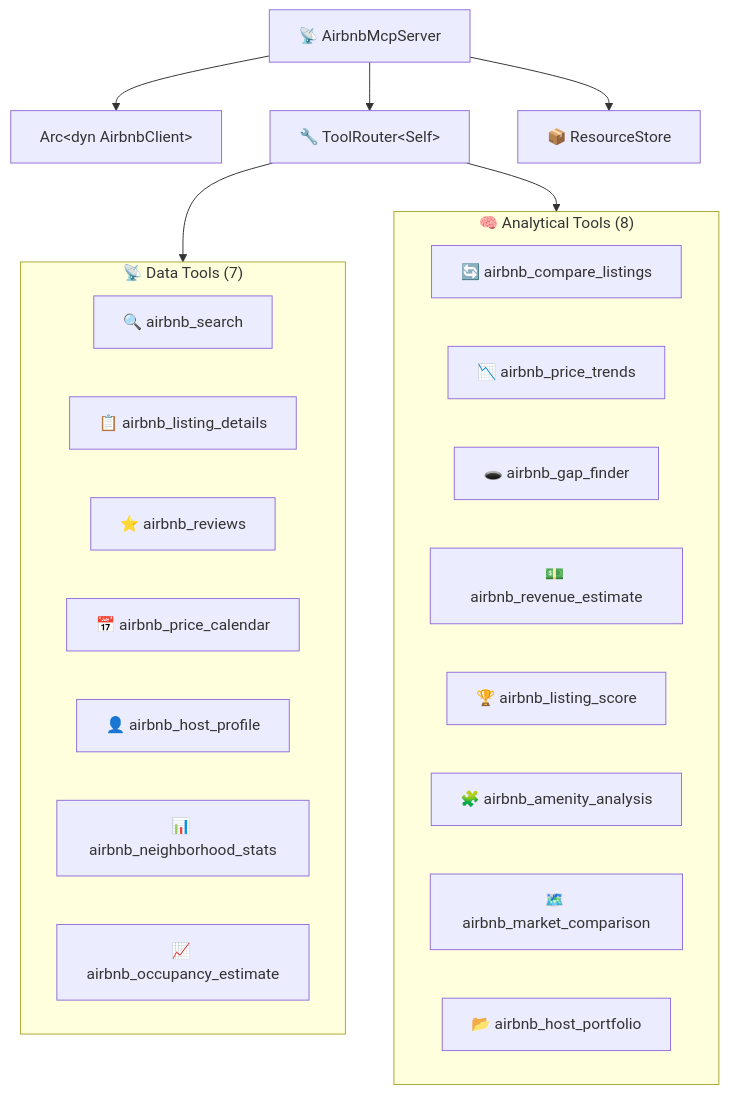
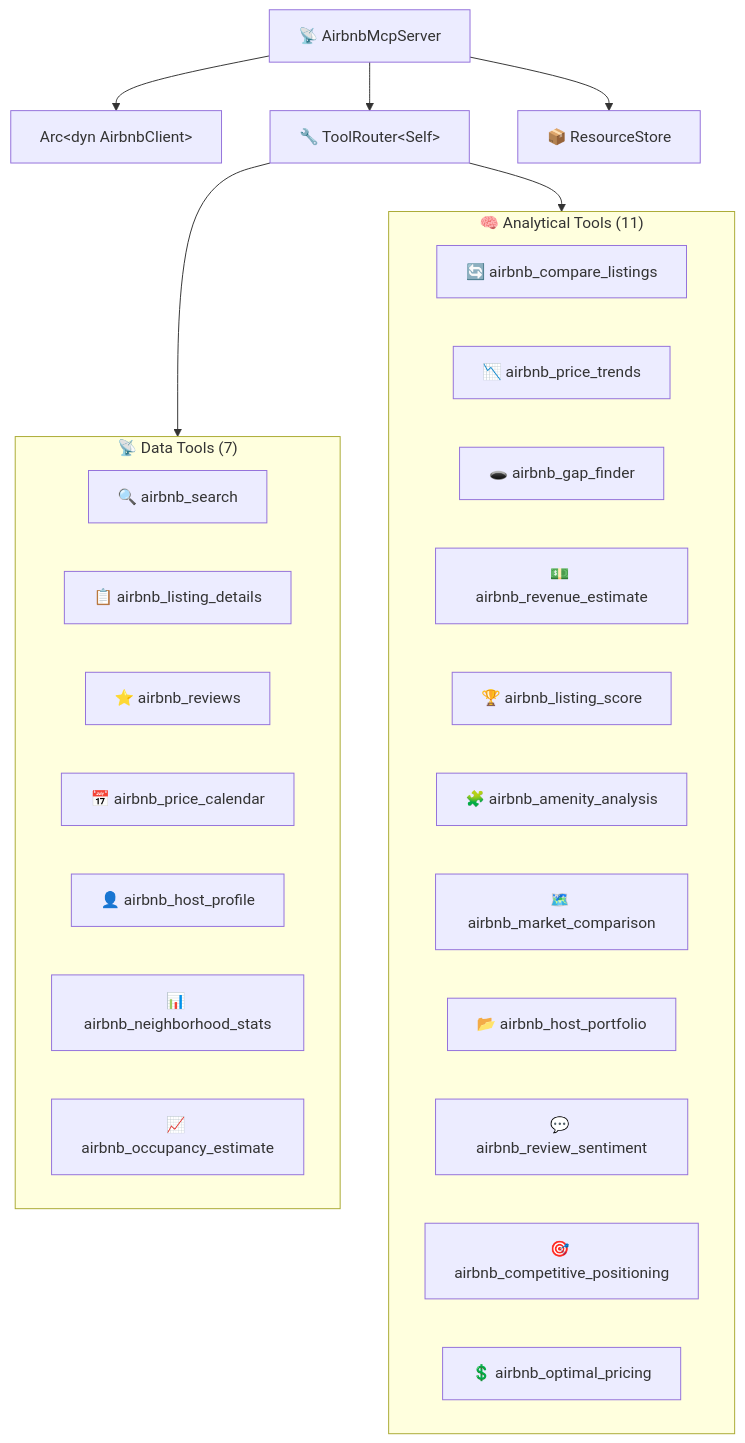
One commit to muchiny/mcp-airbnb changed the diagram in src/mcp/README.md. Above: the diagram before and after it, drawn with Mermaid. The commit also changed other lines of this file and 5 other files, not shown here.

First line of the commit message:
docs: sync all READMEs with 3 new analytical tools (15→18 tools)

````diff
--- a/src/mcp/README.md
+++ b/src/mcp/README.md
@@ -17,31 +17,34 @@
 ```mermaid
 flowchart TD
     Server["📡 AirbnbMcpServer"]
     Server --> Client["Arc&lt;dyn AirbnbClient&gt;"]
     Server --> Router["🔧 ToolRouter&lt;Self&gt;"]
     Server --> Resources["📦 ResourceStore"]
 
     subgraph Data["📡 Data Tools (7)"]
         S["🔍 airbnb_search"]
         D["📋 airbnb_listing_details"]
         R["⭐ airbnb_reviews"]
         C["📅 airbnb_price_calendar"]
         H["👤 airbnb_host_profile"]
         N["📊 airbnb_neighborhood_stats"]
         O["📈 airbnb_occupancy_estimate"]
     end
 
-    subgraph Analytical["🧠 Analytical Tools (8)"]
+    subgraph Analytical["🧠 Analytical Tools (11)"]
         CMP["🔄 airbnb_compare_listings"]
         PT["📉 airbnb_price_trends"]
         GF["🕳️ airbnb_gap_finder"]
         RE["💵 airbnb_revenue_estimate"]
         LS["🏆 airbnb_listing_score"]
         AA["🧩 airbnb_amenity_analysis"]
         MC["🗺️ airbnb_market_comparison"]
         HP["📂 airbnb_host_portfolio"]
+        RS["💬 airbnb_review_sentiment"]
+        CP["🎯 airbnb_competitive_positioning"]
+        OP["💲 airbnb_optimal_pricing"]
     end
 
     Router --> Data
     Router --> Analytical
 ```
````
